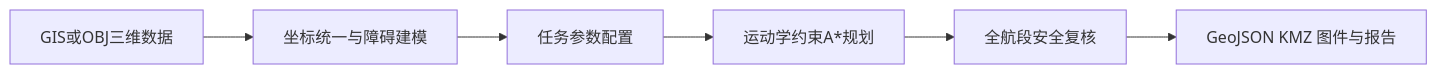
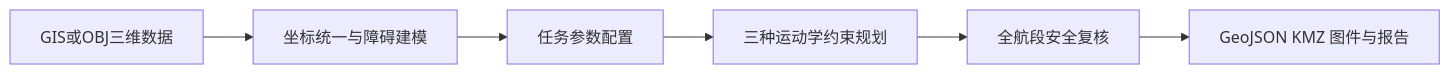
One commit to lime58/UAV changed the diagram in README.md. Above: the diagram before and after it, drawn with Mermaid. The commit also changed other lines of this file and 16 other files, not shown here.

````diff
--- a/README.md
+++ b/README.md
@@ -5,8 +5,8 @@
 ```mermaid
 flowchart LR
     A[GIS或OBJ三维数据] --> B[坐标统一与障碍建模]
     B --> C[任务参数配置]
-    C --> D[运动学约束A*规划]
+    C --> D[三种运动学约束规划]
     D --> E[全航段安全复核]
     E --> F[GeoJSON KMZ 图件与报告]
 ```
````
